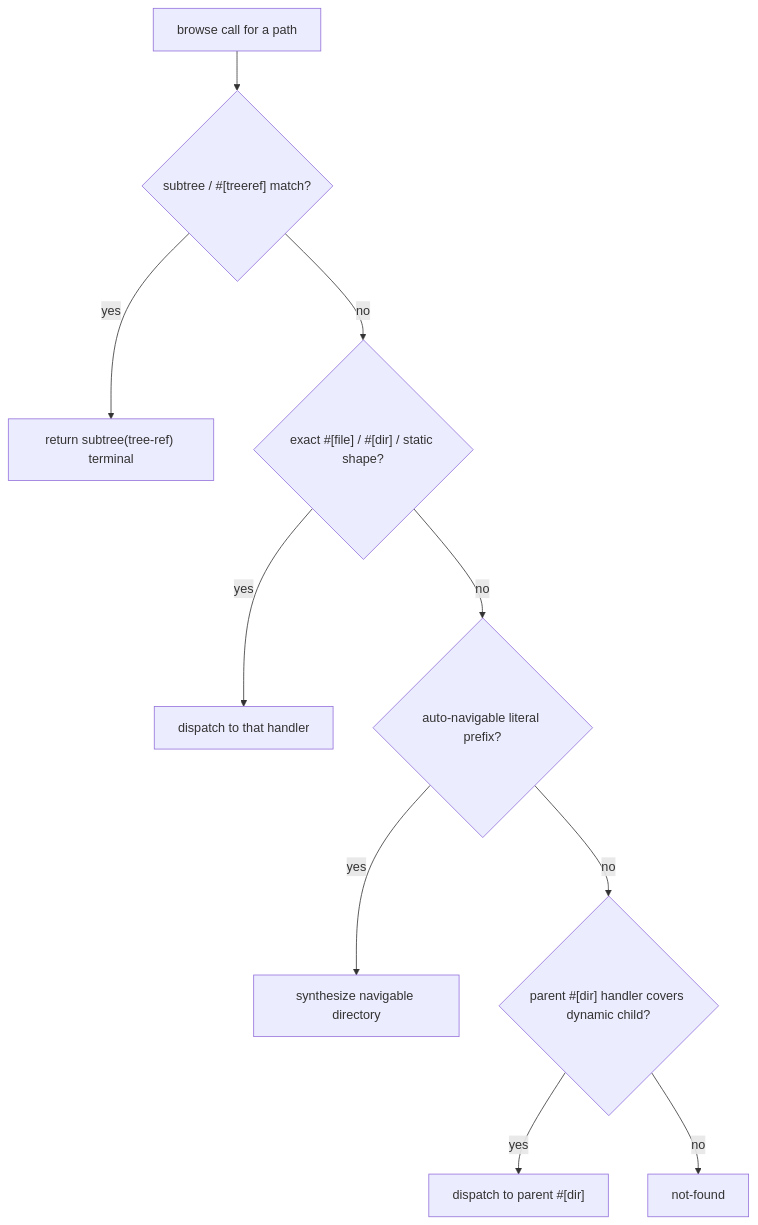
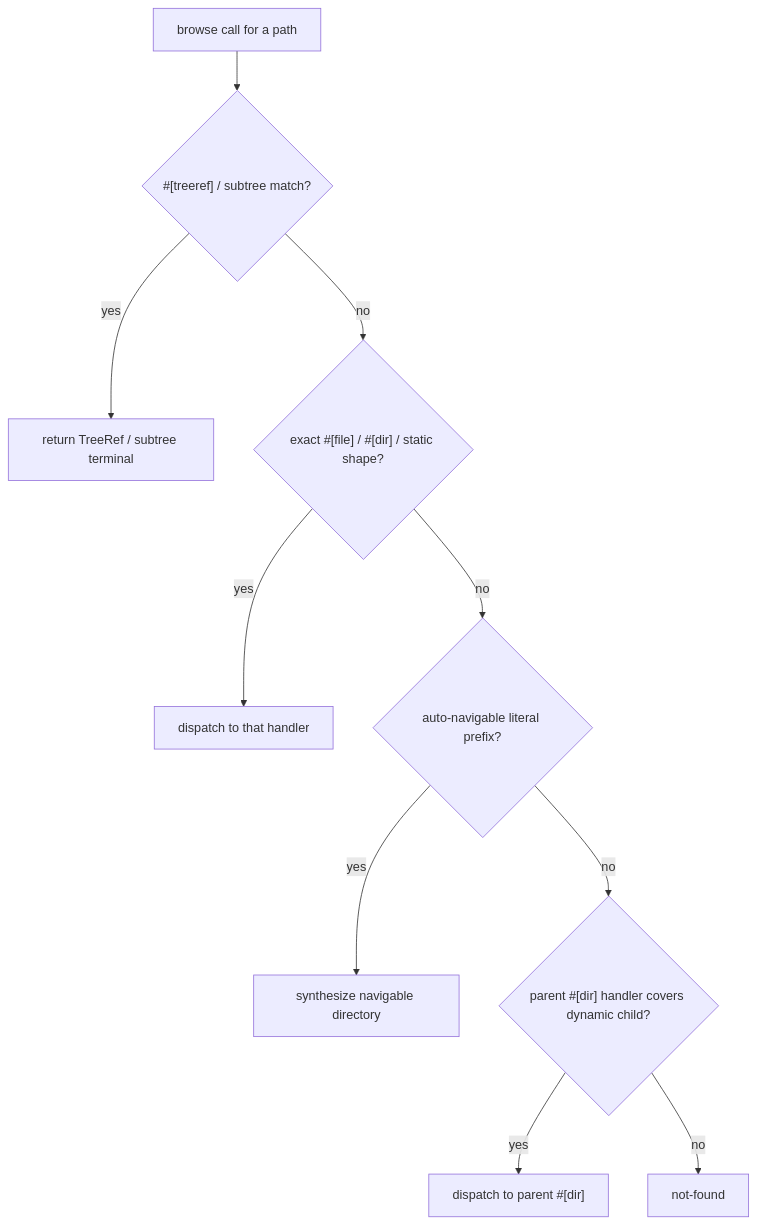
Before and after one commit to 0xff-ai/omnifs: the diagram in website/src/content/docs/building-providers/handlers.md, drawn with Mermaid. The commit also changed other lines of this file and 12 other files, not shown here.

````diff
--- a/website/src/content/docs/building-providers/handlers.md
+++ b/website/src/content/docs/building-providers/handlers.md
@@ -93,12 +113,12 @@
 ```mermaid
 flowchart TD
-    A["browse call for a path"] --> B{"subtree / #[treeref] match?"}
-    B -->|yes| S["return subtree(tree-ref) terminal"]
+    A["browse call for a path"] --> B{"#[treeref] / subtree match?"}
+    B -->|yes| S["return TreeRef / subtree terminal"]
     B -->|no| C{"exact #[file] / #[dir] / static shape?"}
     C -->|yes| H["dispatch to that handler"]
     C -->|no| D{"auto-navigable literal prefix?"}
     D -->|yes| N["synthesize navigable directory"]
     D -->|no| E{"parent #[dir] handler covers dynamic child?"}
     E -->|yes| P["dispatch to parent #[dir]"]
     E -->|no| F["not-found"]
 ```
````
